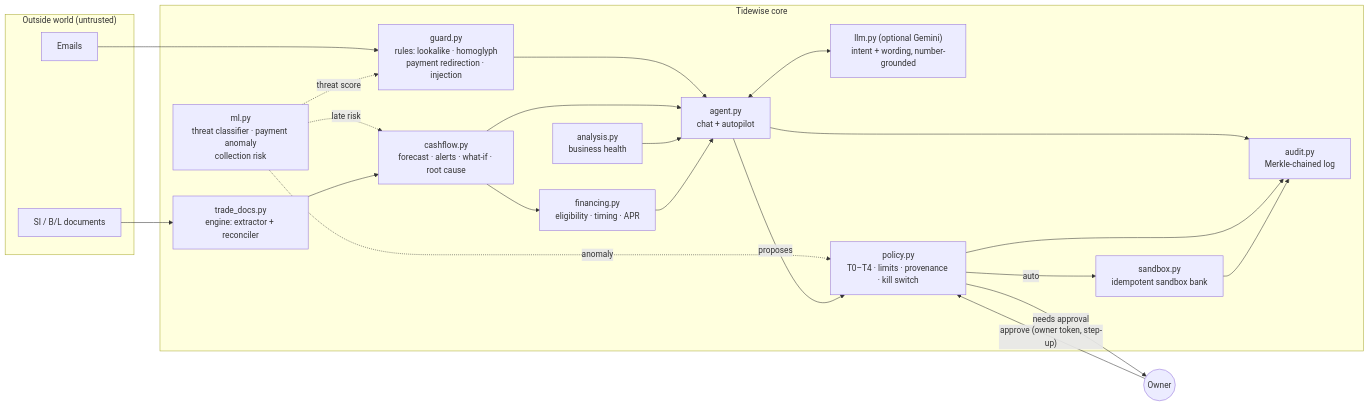
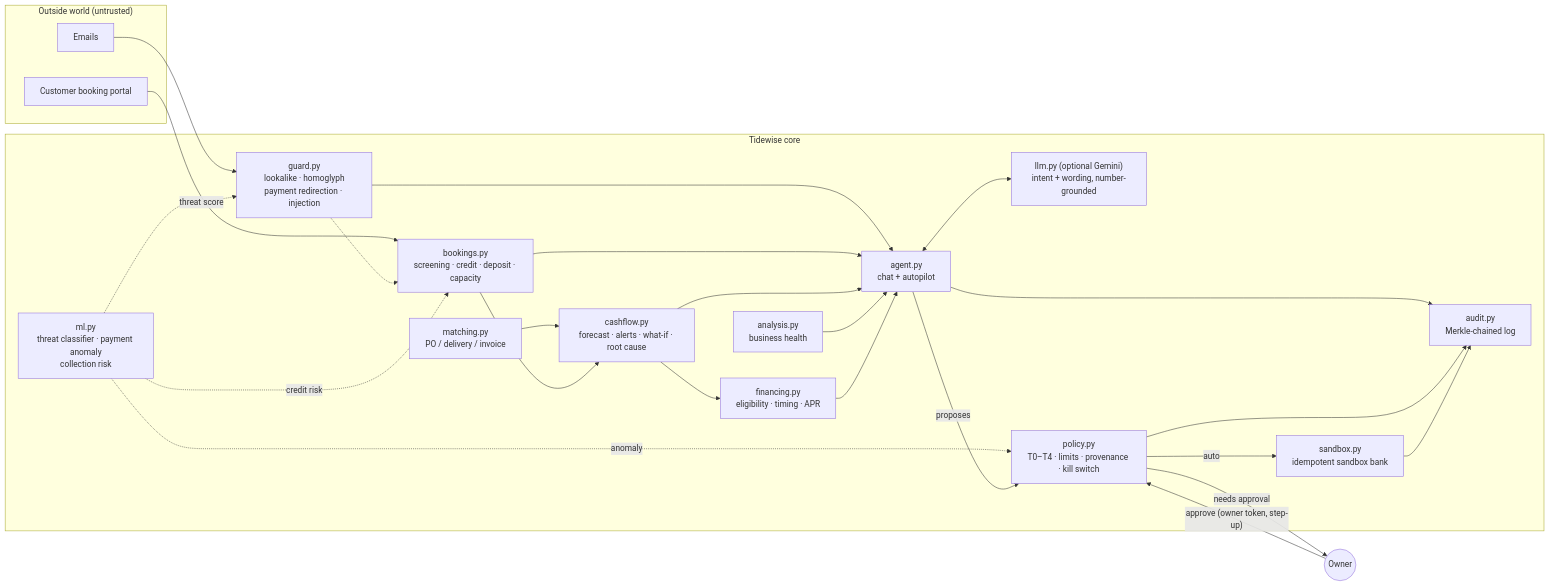
The diagram in README.md (laijoelton/tidewise-copilot), drawn with Mermaid before and after one commit. The commit also changed other lines of this file and 7 other files, not shown here.

Commit message:
docs: README, technical doc and security assessment for invoice matching and bookings

````diff
--- a/README.md
+++ b/README.md
@@ -73,35 +81,40 @@
 ```mermaid
 flowchart LR
     subgraph Outside["Outside world (untrusted)"]
         MAIL[Emails]
-        DOCS[SI / B/L documents]
+        PORTAL[Customer booking portal]
     end
     subgraph Core["Tidewise core"]
-        GUARD["guard.py<br/>rules: lookalike · homoglyph<br/>payment redirection · injection"]
+        GUARD["guard.py<br/>lookalike · homoglyph<br/>payment redirection · injection"]
         ML["ml.py<br/>threat classifier · payment anomaly<br/>collection risk"]
-        TD["trade_docs.py<br/>engine: extractor + reconciler"]
+        BK["bookings.py<br/>screening · credit · deposit · capacity"]
+        MT["matching.py<br/>PO / delivery / invoice"]
         CF["cashflow.py<br/>forecast · alerts · what-if · root cause"]
         AN["analysis.py<br/>business health"]
         FIN["financing.py<br/>eligibility · timing · APR"]
         AGENT["agent.py<br/>chat + autopilot"]
         LLM["llm.py (optional Gemini)<br/>intent + wording, number-grounded"]
         POL["policy.py<br/>T0–T4 · limits · provenance · kill switch"]
         SB["sandbox.py<br/>idempotent sandbox bank"]
         AUD["audit.py<br/>Merkle-chained log"]
     end
     OWNER(("Owner"))
     MAIL --> GUARD --> AGENT
+    PORTAL --> BK --> AGENT
+    GUARD -.-> BK
     ML -. threat score .-> GUARD
+    ML -. credit risk .-> BK
     ML -. anomaly .-> POL
-    ML -. late risk .-> CF
-    DOCS --> TD --> CF --> FIN
+    MT --> CF
+    BK --> CF
+    CF --> FIN
     CF --> AGENT
     AN --> AGENT
     FIN --> AGENT
     AGENT <--> LLM
     AGENT -- proposes --> POL
     POL -- auto --> SB
     POL -- needs approval --> OWNER
     OWNER -- "approve (owner token, step-up)" --> POL
     AGENT & POL & SB --> AUD
 ```
````
